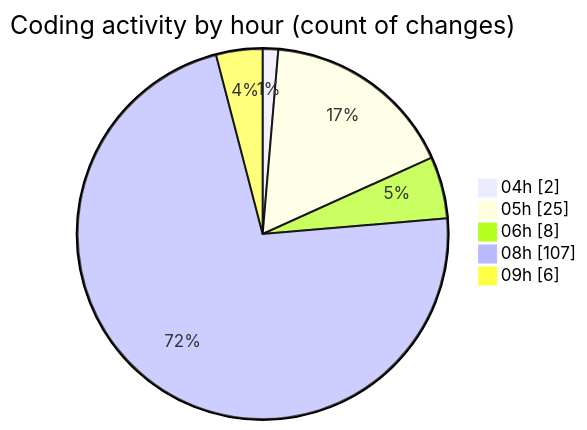
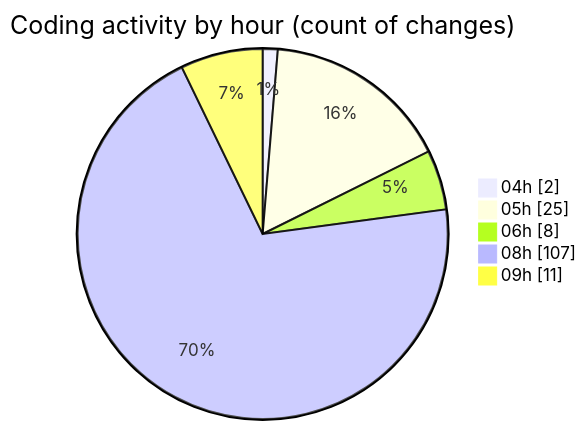
One commit to 3Nya3/code-tracking changed the second of 2 diagrams in 2024-12-31/nyah/README.md. Above: the diagram before and after it, drawn with Mermaid. The commit also changed other lines of this file and 1 other file, not shown here.

````diff
--- a/2024-12-31/nyah/README.md
+++ b/2024-12-31/nyah/README.md
@@ -33,9 +33,9 @@
 ```mermaid
 pie showData
 title Coding activity by hour (count of changes)
 "04h" : 2
 "05h" : 25
 "06h" : 8
 "08h" : 107
-"09h" : 6
+"09h" : 11
 ```
````
